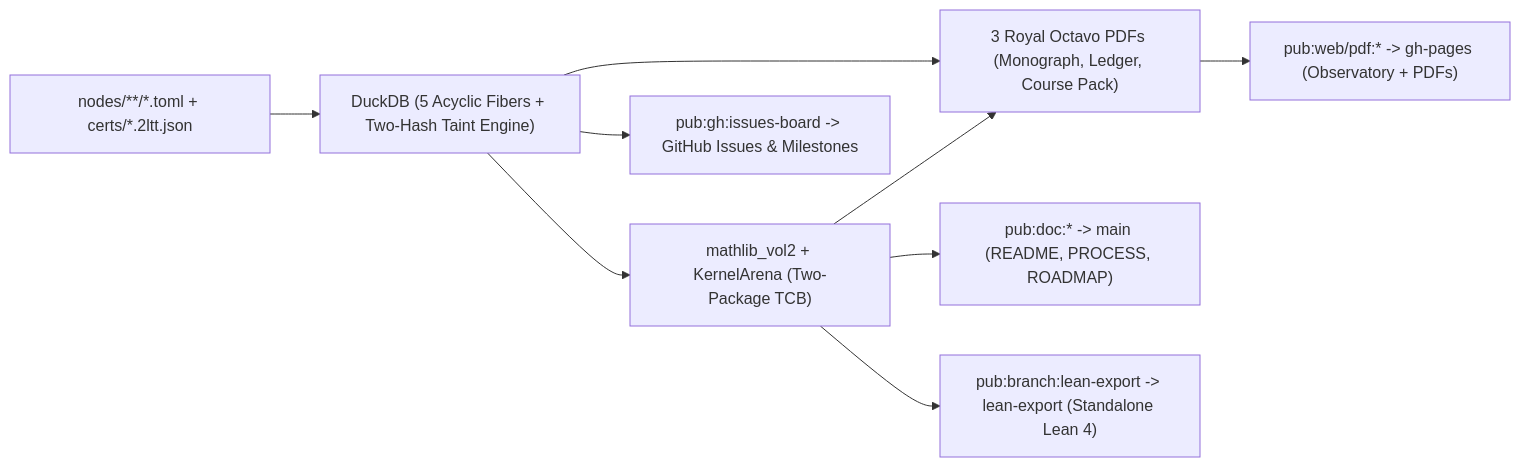
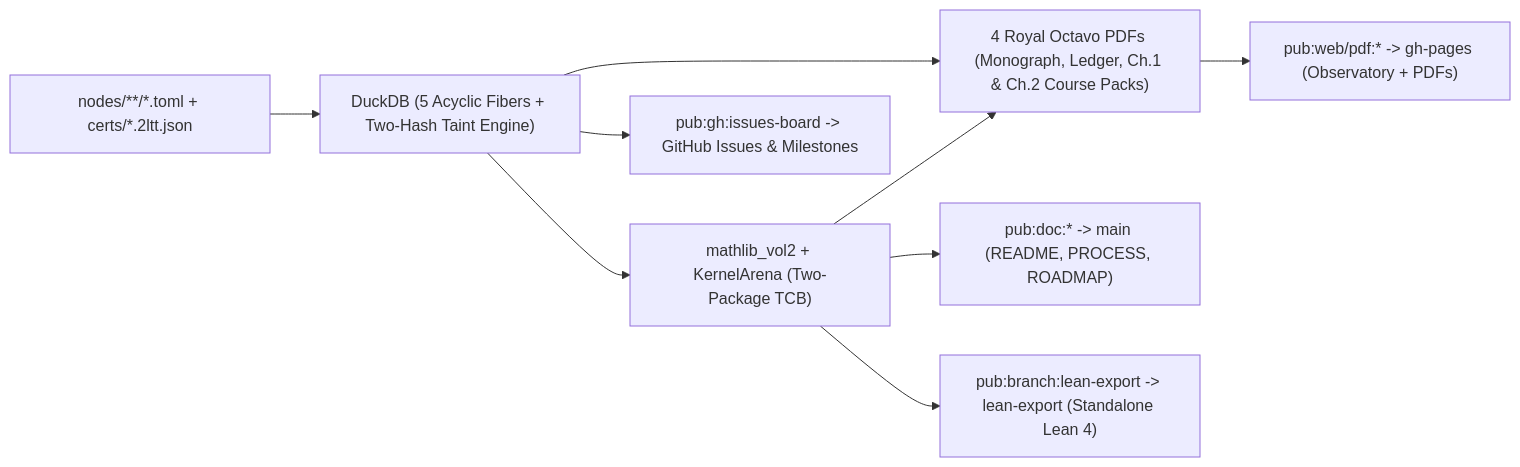
Before and after one commit to tryggth/categorical-reverse-mathematics-vol2: the diagram in README.md, drawn with Mermaid. The commit also changed other lines of this file and 32 other files, not shown here.

````diff
--- a/README.md
+++ b/README.md
@@ -16,11 +16,11 @@
 ```mermaid
 flowchart LR
   SRC["nodes/**/*.toml + certs/*.2ltt.json"] --> DB["DuckDB (5 Acyclic Fibers + Two-Hash Taint Engine)"]
   DB --> TCB["mathlib_vol2 + KernelArena (Two-Package TCB)"]
-  DB --> PDFS["3 Royal Octavo PDFs (Monograph, Ledger, Course Pack)"]
+  DB --> PDFS["4 Royal Octavo PDFs (Monograph, Ledger, Ch.1 & Ch.2 Course Packs)"]
   TCB --> PDFS
   TCB --> SMAIN["pub:doc:* -> main (README, PROCESS, ROADMAP)"]
   PDFS --> SPAGES["pub:web/pdf:* -> gh-pages (Observatory + PDFs)"]
   TCB --> SLEAN["pub:branch:lean-export -> lean-export (Standalone Lean 4)"]
   DB --> SISS["pub:gh:issues-board -> GitHub Issues & Milestones"]
 ```
````
